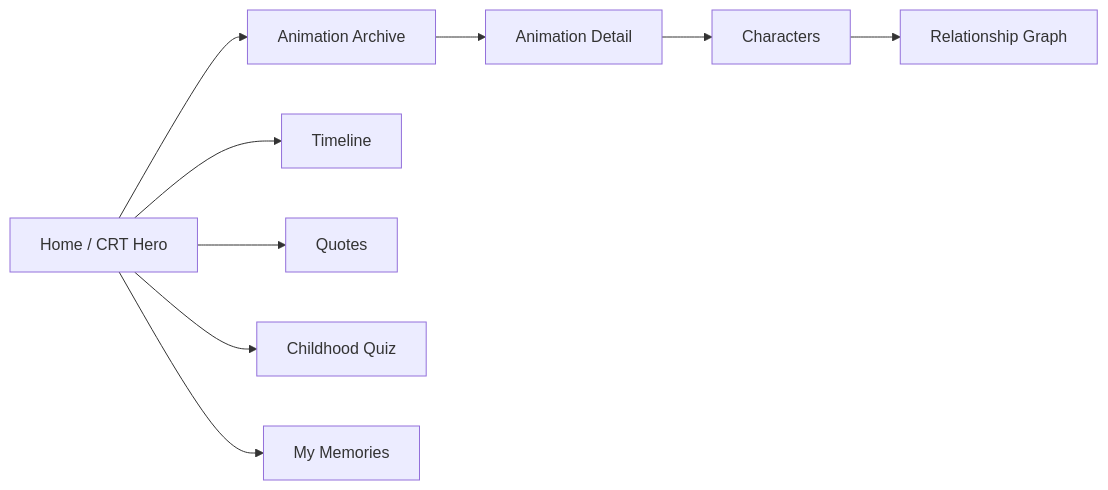
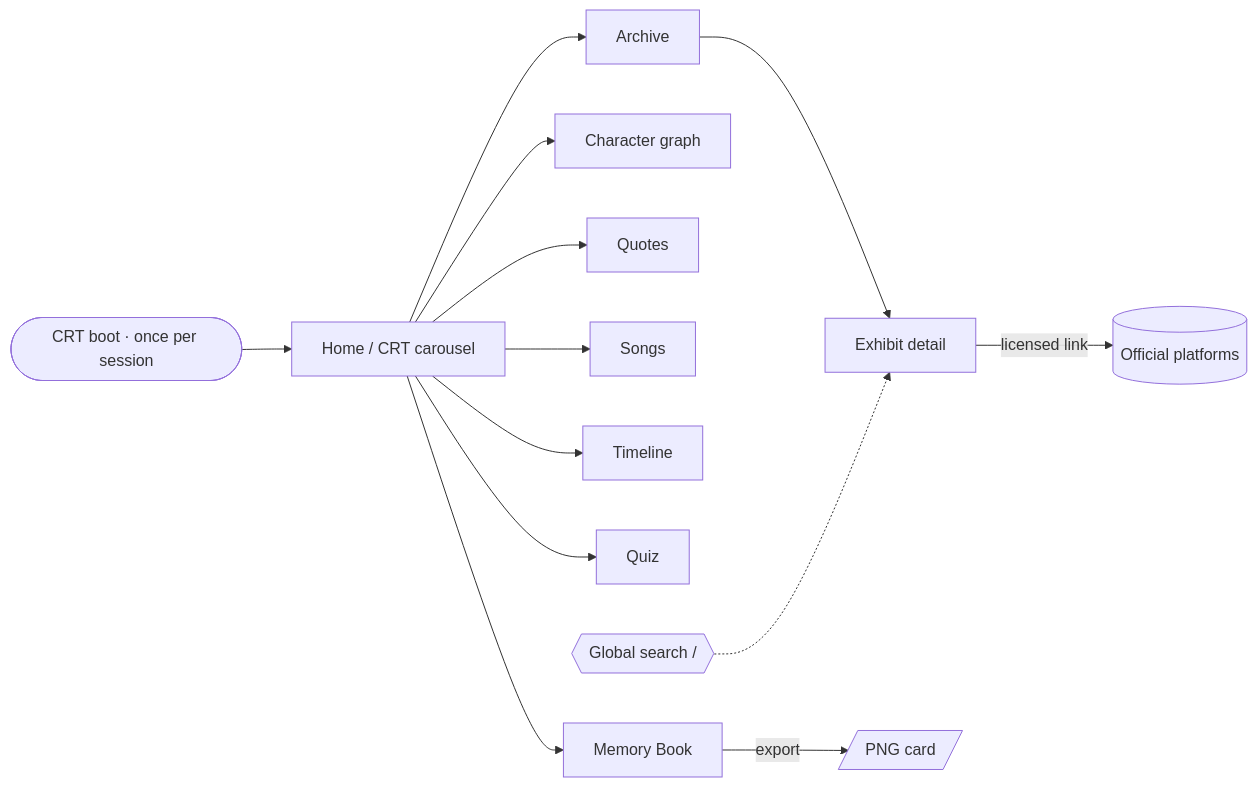
The diagram in README.md (Dream22180971/animation-memory-museum), drawn with Mermaid before and after one commit. The commit also changed other lines of this file and 11 other files, not shown here.

````diff
--- a/README.md
+++ b/README.md
@@ -64,11 +88,15 @@
 ```mermaid
 flowchart LR
-    A[Home / CRT Hero] --> B[Animation Archive]
-    A --> C[Timeline]
-    A --> D[Quotes]
-    B --> E[Animation Detail]
-    E --> F[Characters]
-    F --> G[Relationship Graph]
-    A --> H[Childhood Quiz]
-    A --> I[My Memories]
+    Boot([CRT boot · once per session]) --> Home[Home / CRT carousel]
+    Home --> Archive[Archive]
+    Archive --> Exhibit[Exhibit detail]
+    Exhibit -->|licensed link| Platform[(Official platforms)]
+    Home --> Characters[Character graph]
+    Home --> Quotes[Quotes]
+    Home --> Songs[Songs]
+    Home --> Timeline[Timeline]
+    Home --> Quiz[Quiz]
+    Home --> Memory[Memory Book]
+    Memory -->|export| Card[/PNG card/]
+    Search{{Global search  /}} -.-> Exhibit
 ```
````
